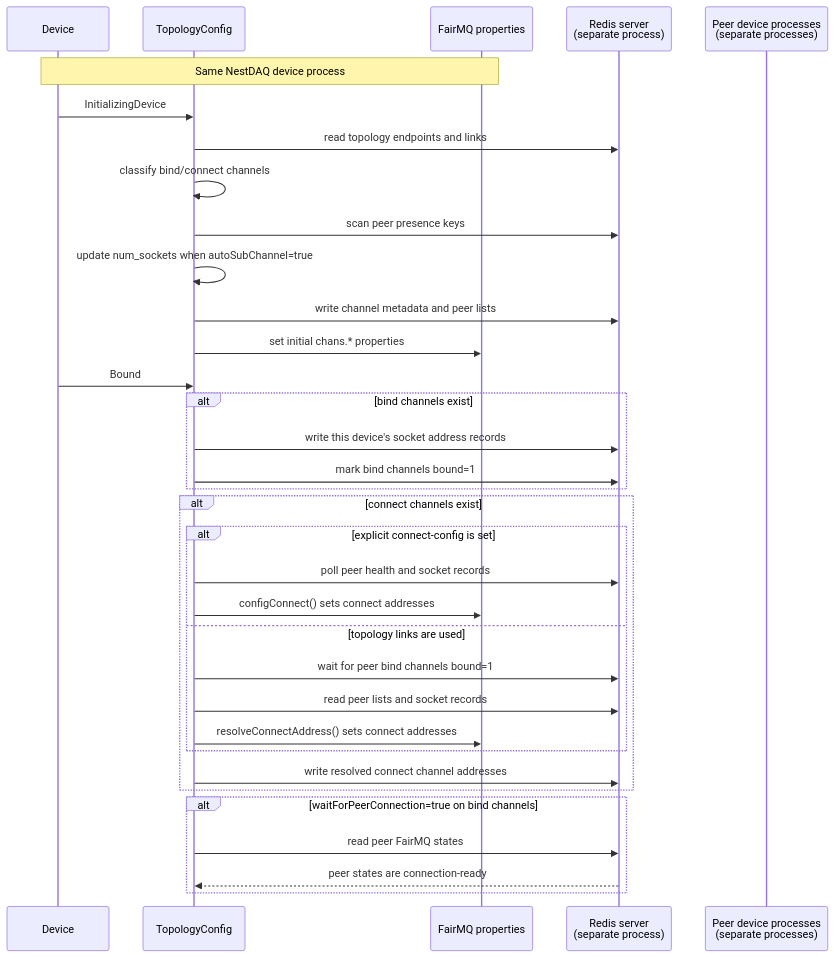
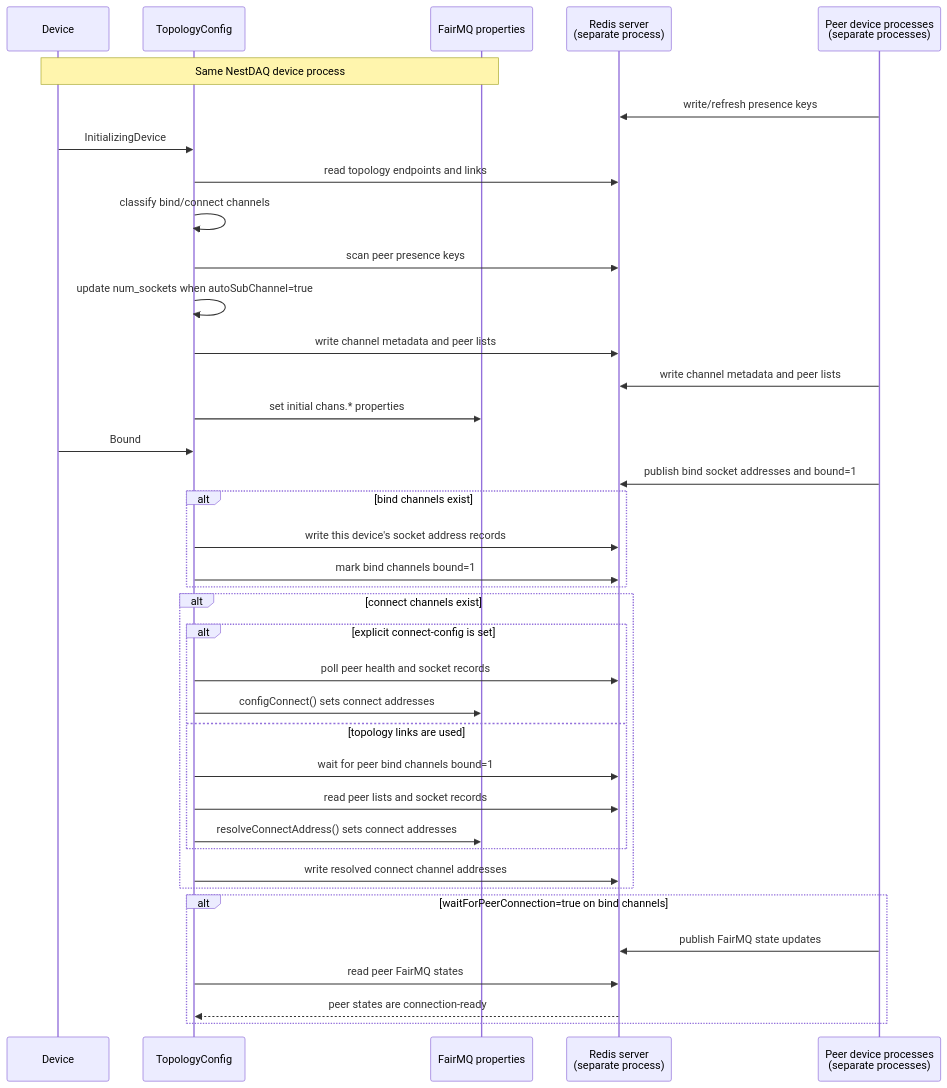
The second of 3 diagrams in plugins/README.md (tntakahashi/nestdaq), drawn with Mermaid before and after one commit. The commit also changed other lines of this file and 1 other file, not shown here.

Commit message:
docs(plugins): show peer device actions in topology sequence

````diff
--- a/plugins/README.md
+++ b/plugins/README.md
@@ -348,38 +348,42 @@
 ```mermaid
 sequenceDiagram
     participant Device
     participant TopologyConfig
     participant FairMQProperties as FairMQ properties
     participant Redis as Redis server<br/>(separate process)
     participant PeerDevices as Peer device processes<br/>(separate processes)
     Note over Device,FairMQProperties: Same NestDAQ device process
 
+    PeerDevices->>Redis: write/refresh presence keys
     Device->>TopologyConfig: InitializingDevice
     TopologyConfig->>Redis: read topology endpoints and links
     TopologyConfig->>TopologyConfig: classify bind/connect channels
     TopologyConfig->>Redis: scan peer presence keys
     TopologyConfig->>TopologyConfig: update num_sockets when autoSubChannel=true
     TopologyConfig->>Redis: write channel metadata and peer lists
+    PeerDevices->>Redis: write channel metadata and peer lists
     TopologyConfig->>FairMQProperties: set initial chans.* properties
 
     Device->>TopologyConfig: Bound
+    PeerDevices->>Redis: publish bind socket addresses and bound=1
     alt bind channels exist
         TopologyConfig->>Redis: write this device's socket address records
         TopologyConfig->>Redis: mark bind channels bound=1
     end
     alt connect channels exist
         alt explicit connect-config is set
             TopologyConfig->>Redis: poll peer health and socket records
             TopologyConfig->>FairMQProperties: configConnect() sets connect addresses
         else topology links are used
             TopologyConfig->>Redis: wait for peer bind channels bound=1
             TopologyConfig->>Redis: read peer lists and socket records
             TopologyConfig->>FairMQProperties: resolveConnectAddress() sets connect addresses
         end
         TopologyConfig->>Redis: write resolved connect channel addresses
     end
     alt waitForPeerConnection=true on bind channels
+        PeerDevices->>Redis: publish FairMQ state updates
         TopologyConfig->>Redis: read peer FairMQ states
         Redis-->>TopologyConfig: peer states are connection-ready
     end
 ```
````
